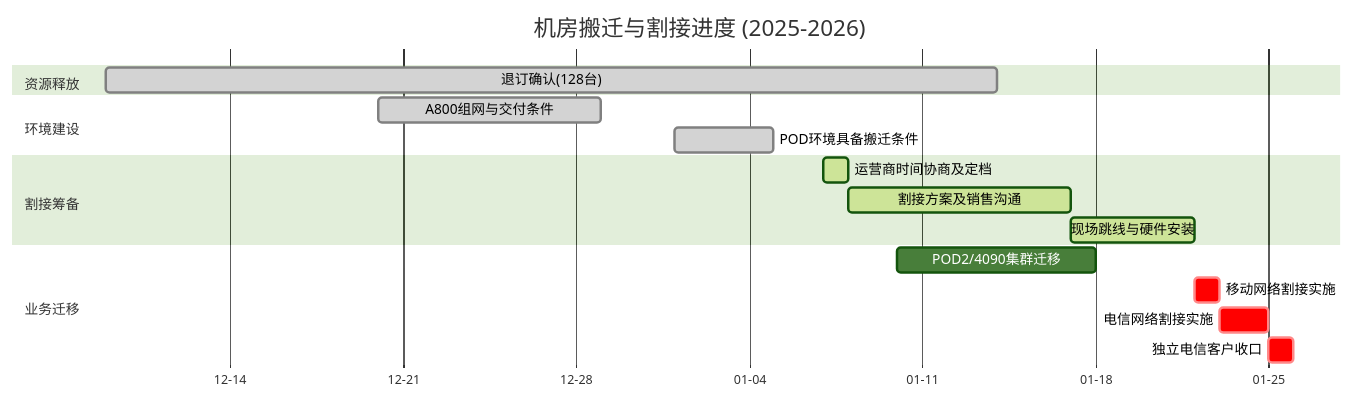
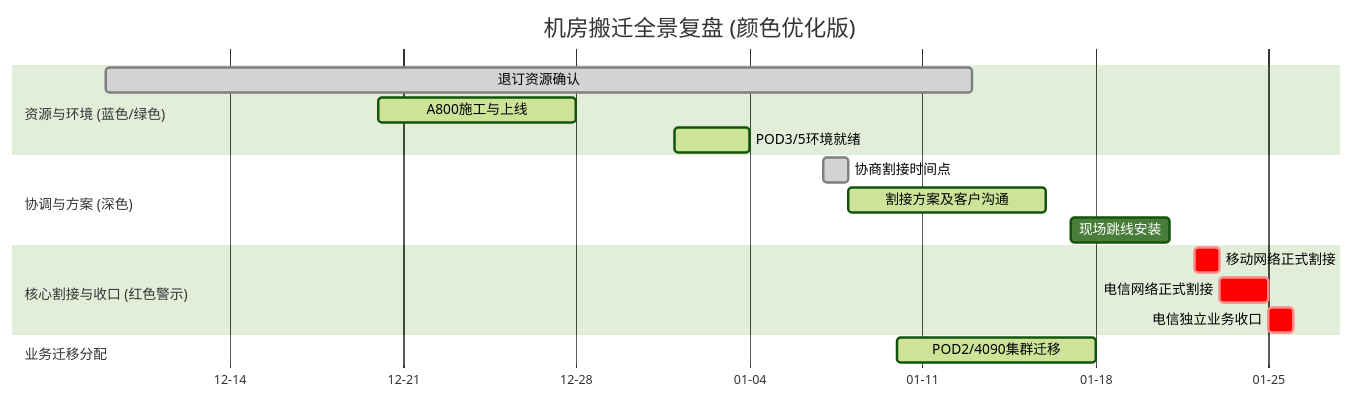
Before and after one commit to lasonlixin/iodraw-files: the diagram in all/未命名.md, drawn with Mermaid (forest theme).

Commit message:
2026-02-03 10:35:53 update

````diff
--- a/all/未命名.md
+++ b/all/未命名.md
@@ -1,25 +1,24 @@
 ```mermaid
 gantt
-    title 机房搬迁与割接进度 (2025-2026)
+    title 机房搬迁全景复盘 (颜色优化版)
     dateFormat  YYYY-MM-DD
     axisFormat %m-%d
 
-    section 资源释放
-    退订确认(128台)           :done, a1, 2025-12-09, 36d
+    section 资源与环境 (蓝色/绿色)
+    退订资源确认        :done,  a1, 2025-12-09, 2026-01-13
+    A800施工与上线      :active, a2, 2025-12-20, 2025-12-28
+    POD3/5环境就绪      :active, a3, 2026-01-01, 2026-01-04
 
-    section 环境建设
-    A800组网与交付条件        :done, b1, 2025-12-20, 9d
-    POD环境具备搬迁条件       :done, b2, 2026-01-01, 4d
+    section 协调与方案 (深色)
+    协商割接时间点      :done, b1, 2026-01-07, 1d
+    割接方案及客户沟通   :active, b2, 2026-01-08, 2026-01-16
+    现场跳线安装        :b3, 2026-01-17, 2026-01-21
 
-    section 割接筹备
-    运营商时间协商及定档      :active, c1, 2026-01-07, 1d
-    割接方案及销售沟通        :active, c2, after c1, 9d
-    现场跳线与硬件安装        :active, c3, 2026-01-17, 5d
+    section 核心割接与收口 (红色警示)
+    移动网络正式割接    :crit, c1, 2026-01-22, 1d
+    电信网络正式割接    :crit, c2, 2026-01-23, 2d
+    电信独立业务收口    :crit, c3, after c2, 1d
 
-    section 业务迁移
-    POD2/4090集群迁移        :d1, 2026-01-10, 8d
-    移动网络割接实施          :crit, d2, 2026-01-22, 1d
-    电信网络割接实施          :crit, d3, 2026-01-23, 2d
-    独立电信客户收口          :crit, d4, after d3, 1d
-
+    section 业务迁移分配
+    POD2/4090集群迁移   :active, d1, 2026-01-10, 2026-01-18
 ```
````
